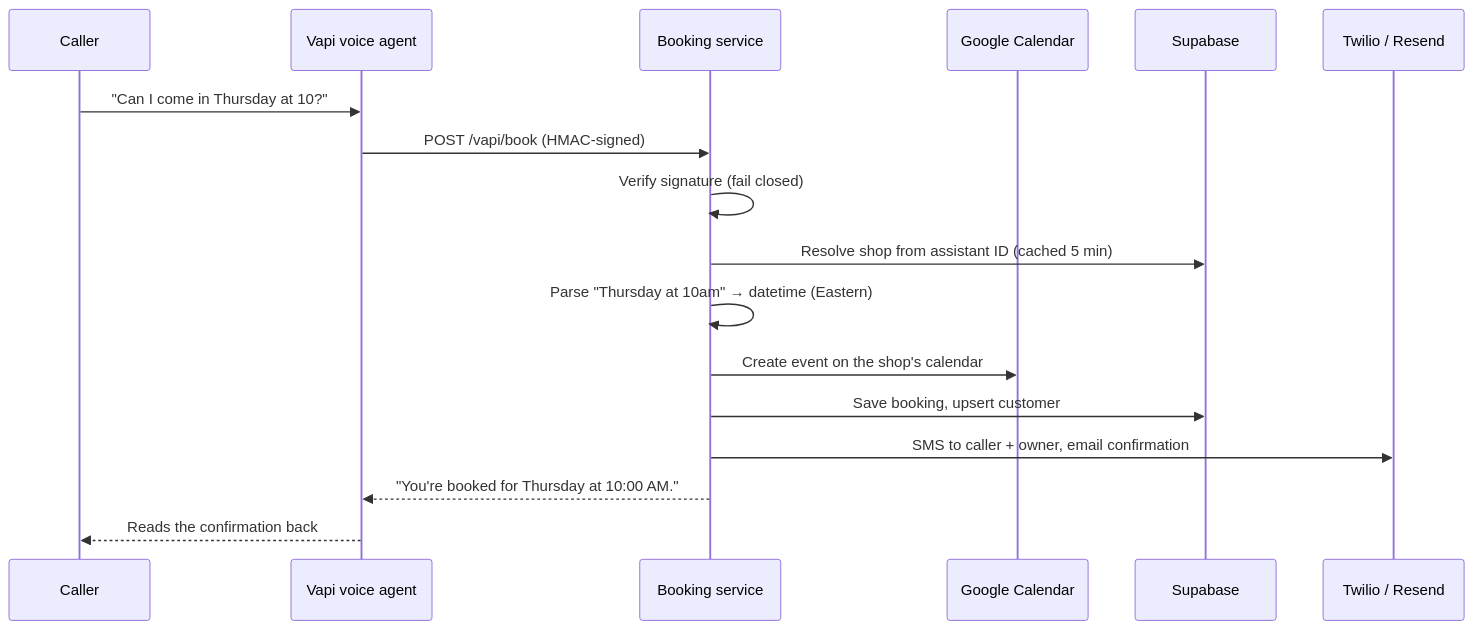
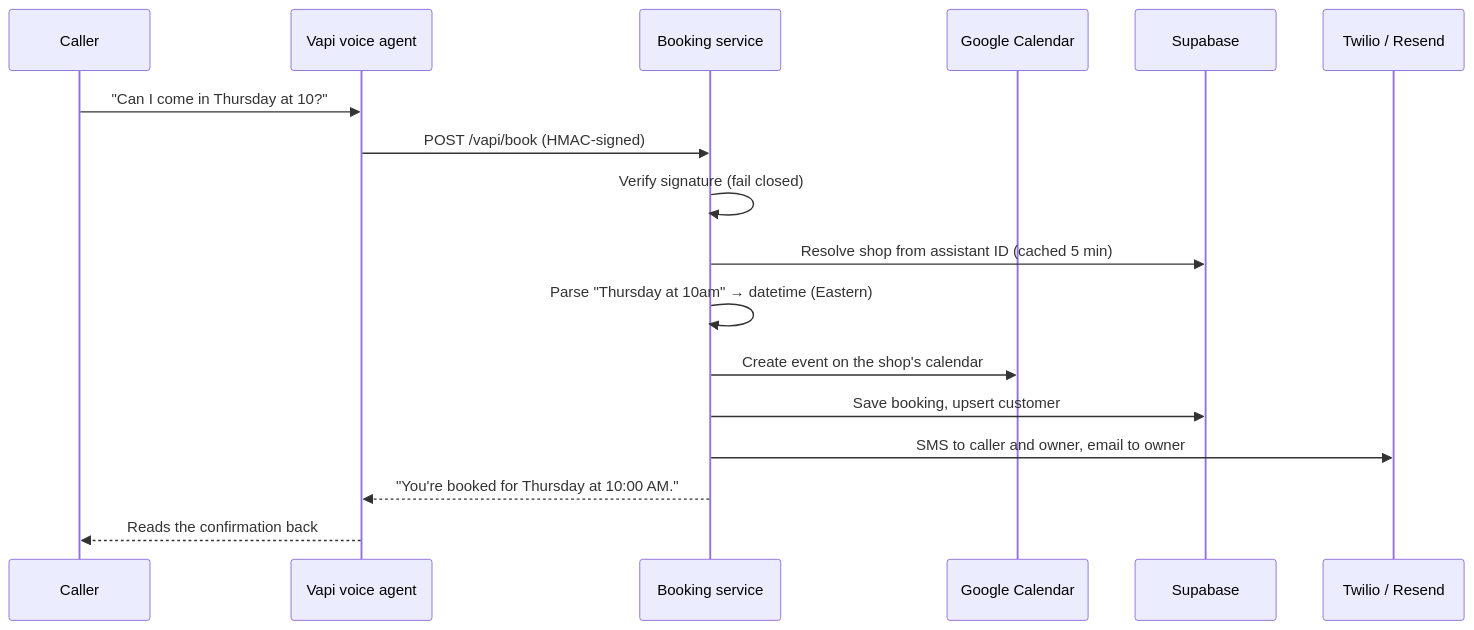
The diagram in README.md (CodeBen98/shopdesk-booking), drawn with Mermaid before and after one commit. The commit also changed other lines of this file, not shown here.

````diff
--- a/README.md
+++ b/README.md
@@ -40,20 +40,20 @@
 ```mermaid
 sequenceDiagram
     participant C as Caller
     participant V as Vapi voice agent
     participant B as Booking service
     participant G as Google Calendar
     participant S as Supabase
     participant T as Twilio / Resend
 
     C->>V: "Can I come in Thursday at 10?"
     V->>B: POST /vapi/book (HMAC-signed)
     B->>B: Verify signature (fail closed)
     B->>S: Resolve shop from assistant ID (cached 5 min)
     B->>B: Parse "Thursday at 10am" → datetime (Eastern)
     B->>G: Create event on the shop's calendar
     B->>S: Save booking, upsert customer
-    B->>T: SMS to caller + owner, email confirmation
+    B->>T: SMS to caller and owner, email to owner
     B-->>V: "You're booked for Thursday at 10:00 AM."
     V-->>C: Reads the confirmation back
 ```
````
